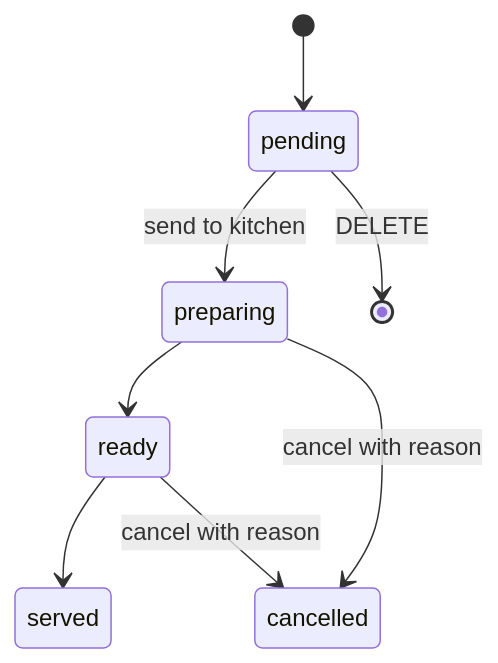
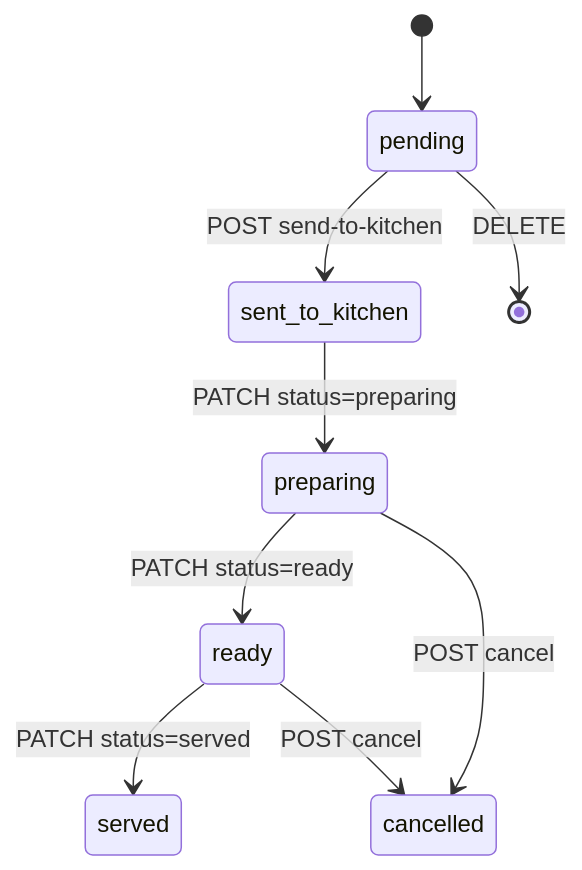
The third of 6 diagrams in backend/docs/service-floor-api.md (Programito/fullstack-architecture-lab), drawn with Mermaid before and after one commit. The commit also changed other lines of this file and 1 other file, not shown here.

First line of the commit message:
docs: update API and architecture docs with kitchen status and free-table endpoints

````diff
--- a/backend/docs/service-floor-api.md
+++ b/backend/docs/service-floor-api.md
@@ -772,10 +869,11 @@
 ```mermaid
 stateDiagram-v2
   [*] --> pending
-  pending --> preparing : send to kitchen
+  pending --> sent_to_kitchen : POST send-to-kitchen
   pending --> [*] : DELETE
-  preparing --> ready
-  preparing --> cancelled : cancel with reason
-  ready --> served
-  ready --> cancelled : cancel with reason
+  sent_to_kitchen --> preparing : PATCH status=preparing
+  preparing --> ready : PATCH status=ready
+  ready --> served : PATCH status=served
+  preparing --> cancelled : POST cancel
+  ready --> cancelled : POST cancel
 ```
````
